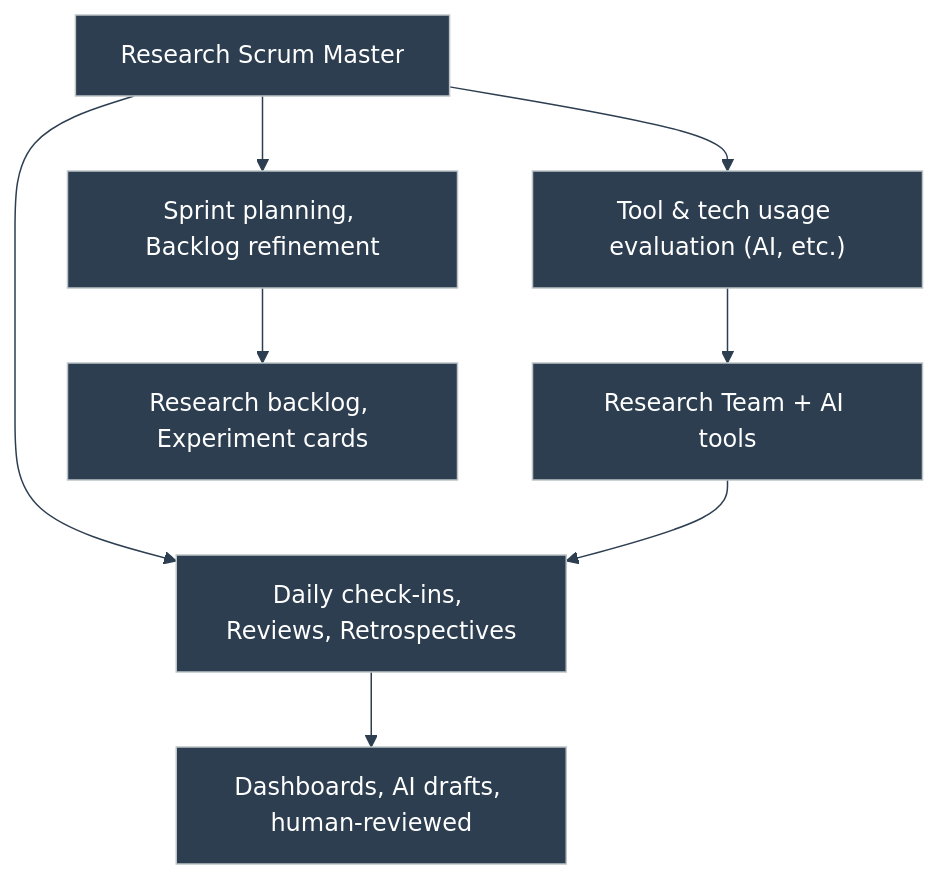
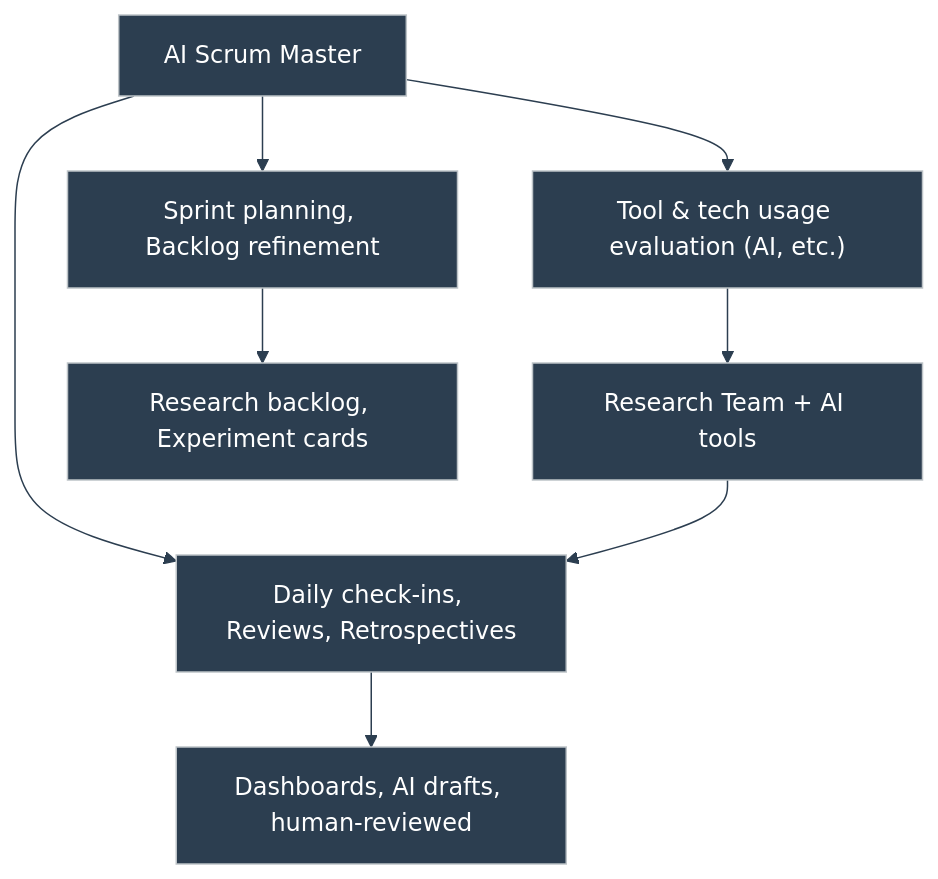
One commit to duducm2/my-personal-repo changed the tenth of 12 diagrams in portfolio/mermaid/diagrams.md. Above: the diagram before and after it, drawn with Mermaid. The commit also changed other lines of this file and 6 other files, not shown here.

Commit message:
Update diagrams and portfolio content to reflect the role of AI Scrum Master. Enhanced image alt text for clarity and added new diagram references in the portfolio. Adjusted resume content to include aspirations for the AI Scrum Master role.

````diff
--- a/portfolio/mermaid/diagrams.md
+++ b/portfolio/mermaid/diagrams.md
@@ -203,18 +203,18 @@
 ```mermaid
 %%{init: {'theme': 'base', 'themeVariables': { 'primaryColor': '#2c3e50', 'primaryTextColor': '#fff', 'primaryBorderColor': '#bdc3c7', 'lineColor': '#2c3e50', 'fontFamily': 'Lato', 'subgraphBg': 'transparent', 'subgraphBorder': '#bdc3c7'}}}%%
 flowchart TD
-  RSM["Research Scrum Master"]
+  RSM["AI Scrum Master"]
   RT["Research Team + AI tools"]
   C1["Sprint planning, Backlog refinement"]
   C2["Daily check-ins, Reviews, Retrospectives"]
   C3["Tool & tech usage evaluation (AI, etc.)"]
   A1["Research backlog, Experiment cards"]
   A2["Dashboards, AI drafts, human-reviewed"]
   RSM --> C1
   RSM --> C2
   RSM --> C3
   C3 --> RT
   RT --> C2
   C1 --> A1
   C2 --> A2
 ```
````
